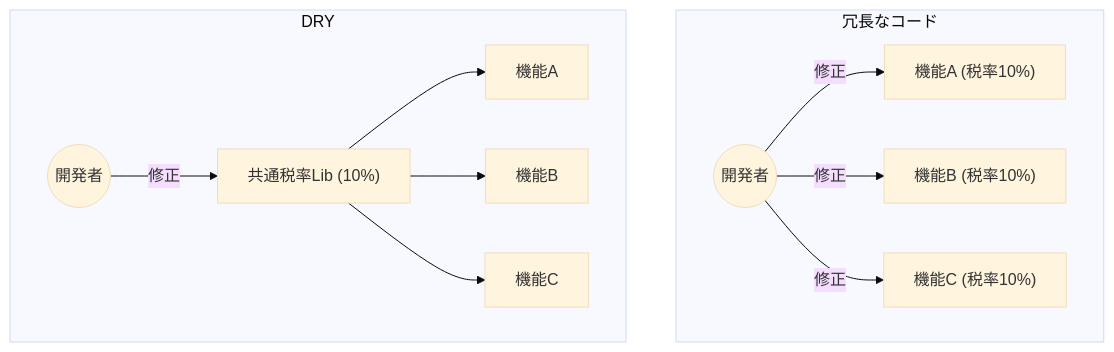
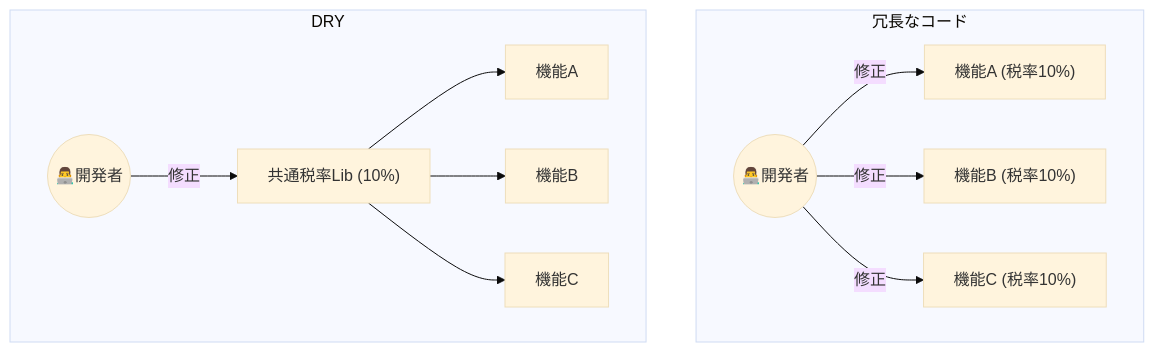
One commit to future-architect/arch-guidelines changed the fourth of 5 diagrams in documents/forPrinciple/principle_guidelines.md. Above: the diagram before and after it, drawn with Mermaid (base theme). The commit also changed other lines of this file, not shown here.

````diff
--- a/documents/forPrinciple/principle_guidelines.md
+++ b/documents/forPrinciple/principle_guidelines.md
@@ -500,15 +512,15 @@
 ```mermaid
 graph TD
 subgraph "冗長なコード"
-	Dev1((開発者)) -- "修正" --> FuncA["機能A (税率10%)"]
+	Dev1((👨‍💻開発者)) -- "修正" --> FuncA["機能A (税率10%)"]
 	Dev1 -- "修正" --> FuncB["機能B (税率10%)"]
 	Dev1 -- "修正" --> FuncC["機能C (税率10%)"]
 end
 
 subgraph "DRY"
-	Dev2((開発者)) -- "修正" --> Lib["共通税率Lib (10%)"]
+	Dev2((👨‍💻開発者)) -- "修正" --> Lib["共通税率Lib (10%)"]
 	Lib --> ModA[機能A]
 	Lib --> ModB[機能B]
 	Lib --> ModC[機能C]
 end
 ```
````
